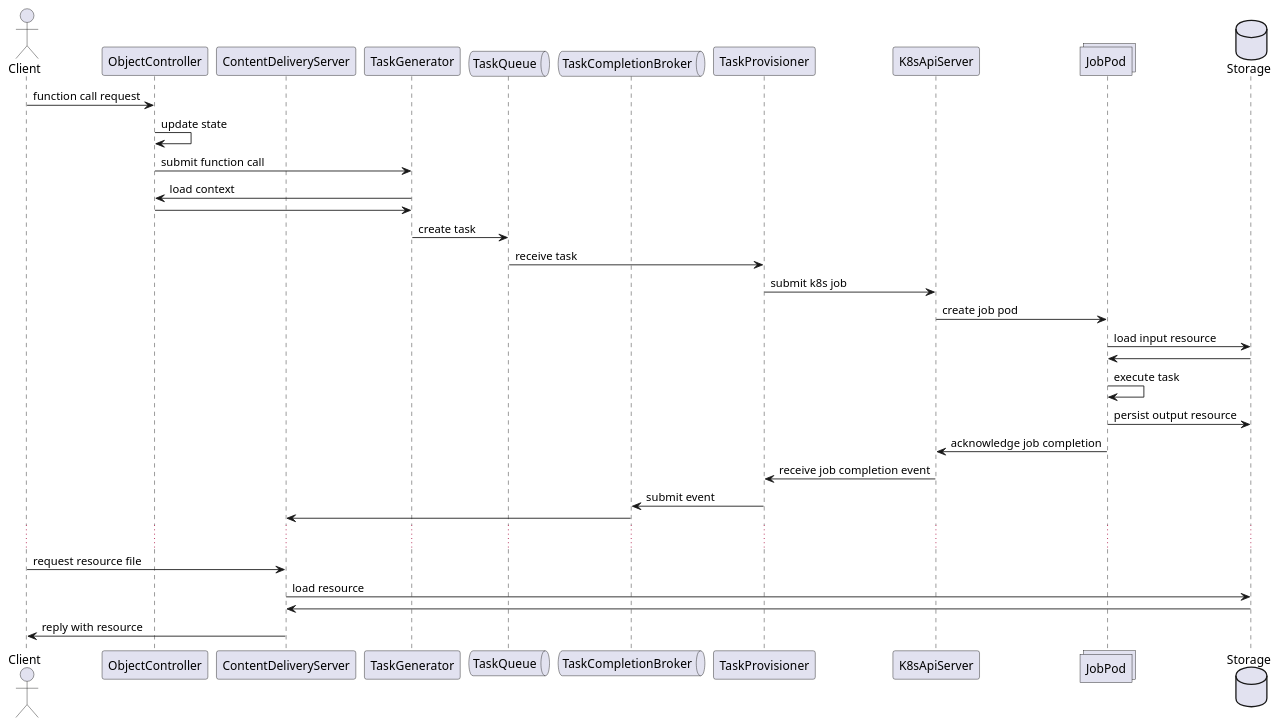
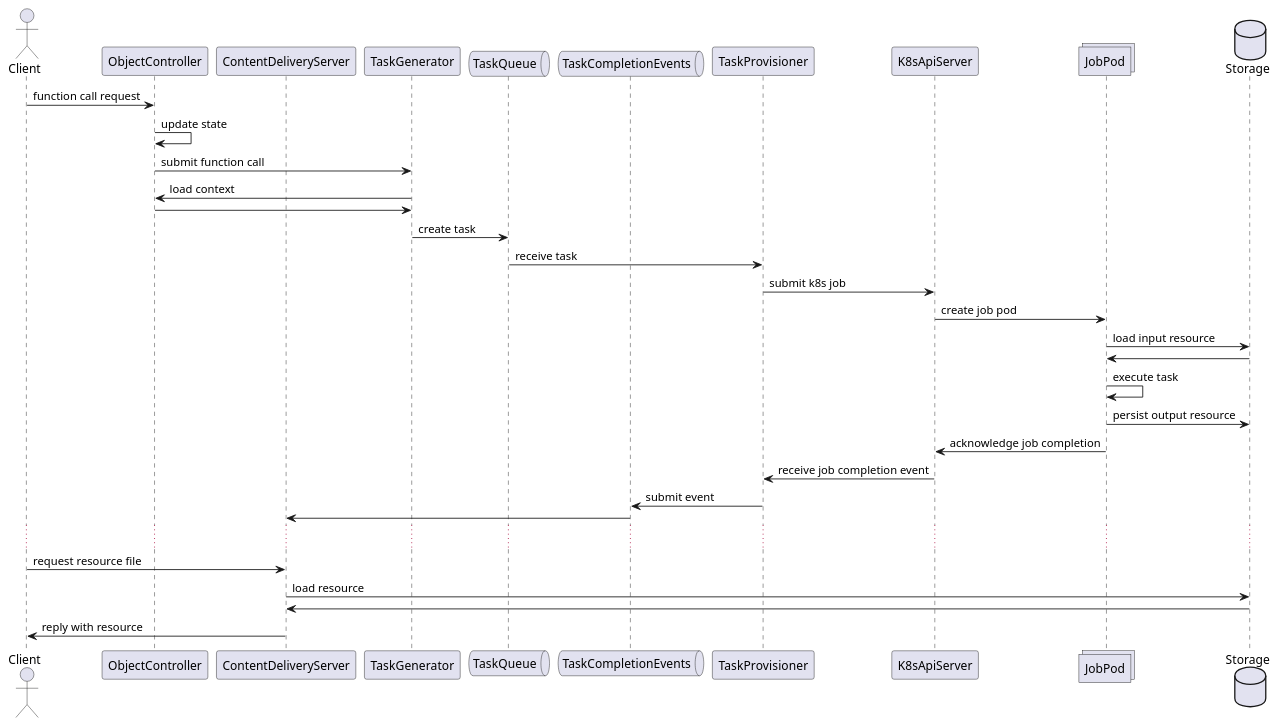
One commit to hpcclab/OaaS changed the diagram in doc/diagrams/oaas_active_flow.puml. Above: the diagram before and after it, drawn with PlantUML. The commit also changed 2 other files, not shown here.

Commit message:
Update diagrams

```diff
--- a/doc/diagrams/oaas_active_flow.puml
+++ b/doc/diagrams/oaas_active_flow.puml
@@ -1,37 +1,37 @@
 @startuml
 'https://plantuml.com/sequence-diagram
 
 actor Client
 participant ObjectController
 participant ContentDeliveryServer
 participant TaskGenerator
 queue TaskQueue
-queue TaskCompletionBroker
+queue TaskCompletionEvents
 participant TaskProvisioner
 participant K8sApiServer
 collections JobPod
 database Storage
 
 Client -> ObjectController: function call request
 ObjectController -> ObjectController: update state
 ObjectController -> TaskGenerator: submit function call
 TaskGenerator -> ObjectController: load context
 ObjectController -> TaskGenerator:
 TaskGenerator -> TaskQueue: create task
 TaskQueue -> TaskProvisioner: receive task
 TaskProvisioner -> K8sApiServer: submit k8s job
 K8sApiServer -> JobPod: create job pod
 JobPod -> Storage: load input resource
 Storage -> JobPod
 JobPod -> JobPod: execute task
 JobPod -> Storage: persist output resource
 JobPod -> K8sApiServer: acknowledge job completion
 K8sApiServer -> TaskProvisioner: receive job completion event
-TaskProvisioner -> TaskCompletionBroker: submit event
-TaskCompletionBroker -> ContentDeliveryServer:
+TaskProvisioner -> TaskCompletionEvents: submit event
+TaskCompletionEvents -> ContentDeliveryServer:
 ...
 Client -> ContentDeliveryServer: request resource file
 ContentDeliveryServer -> Storage: load resource
 Storage -> ContentDeliveryServer:
 ContentDeliveryServer -> Client: reply with resource
 @enduml
```
